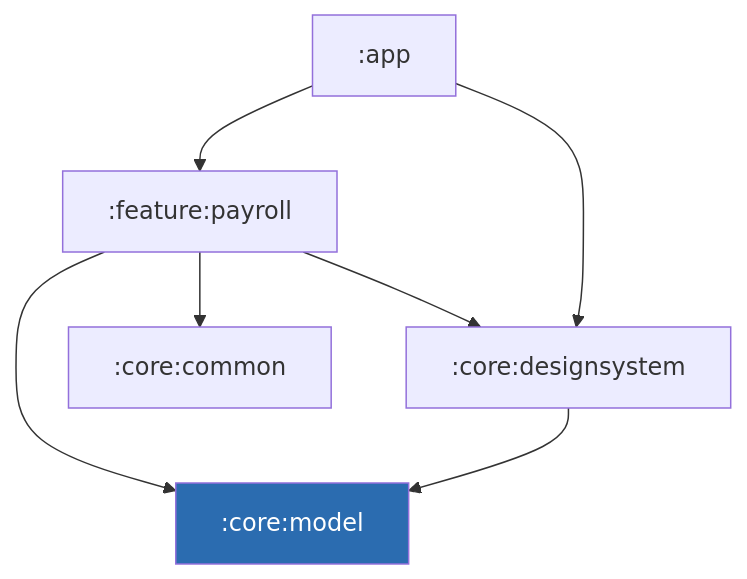
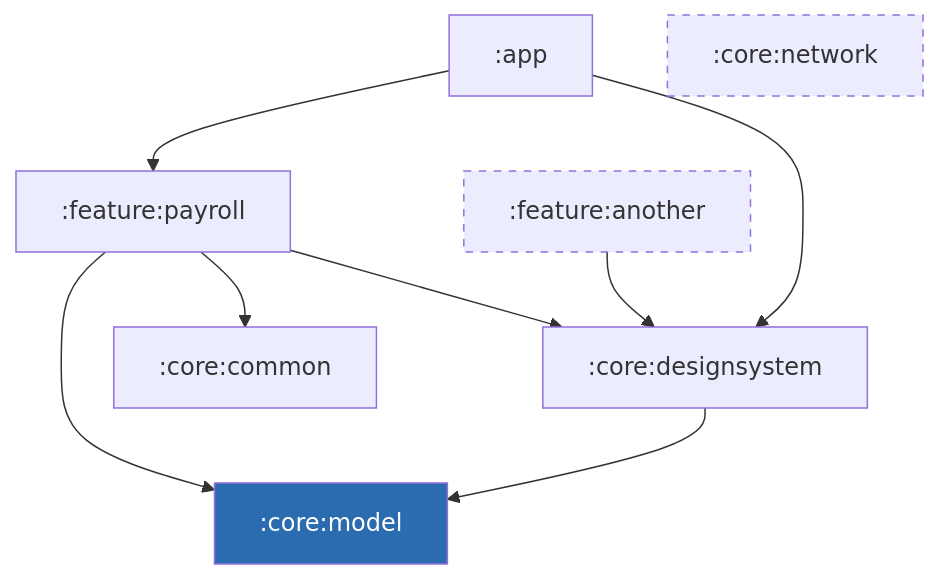
One commit to deepakkanyan/Payroll changed the diagram in README.md. Above: the diagram before and after it, drawn with Mermaid. The commit also changed other lines of this file, not shown here.

````diff
--- a/README.md
+++ b/README.md
@@ -71,10 +71,15 @@
 ```mermaid
 graph TD
     App[":app"] --> FeaturePayroll[":feature:payroll"]
     App --> CoreDesignSystem[":core:designsystem"]
     FeaturePayroll --> CoreModel[":core:model"]
     FeaturePayroll --> CoreCommon[":core:common"]
     FeaturePayroll --> CoreDesignSystem
     CoreDesignSystem --> CoreModel
+    FeatureAnother[":feature:another"] --> CoreDesignSystem
+    CoreNetwork[":core:network"]
+
     style CoreModel fill:#2b6cb0,color:#fff
+    style FeatureAnother stroke-dasharray: 5 5
+    style CoreNetwork stroke-dasharray: 5 5
 ```
````
